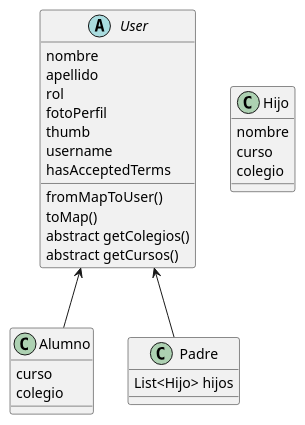
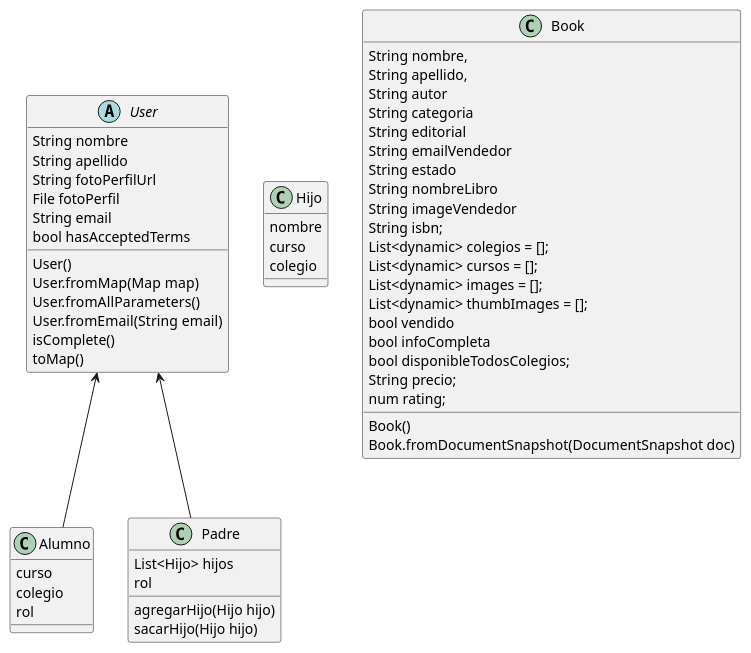
Before and after one commit to bautitravella/main_screens: the diagram in lib/Models/UserDiagram.puml, drawn with PlantUML. The commit also changed 14 other files, not shown here.

```diff
--- a/lib/Models/UserDiagram.puml
+++ b/lib/Models/UserDiagram.puml
@@ -1,37 +1,67 @@
 @startuml
 
 abstract class User{
-    nombre
-    apellido
-    rol
-    fotoPerfil
-    thumb
-    username
-    hasAcceptedTerms
+    String nombre
+    String apellido
+    String fotoPerfilUrl
+    File fotoPerfil
+    String email
+    bool hasAcceptedTerms
     __
-    fromMapToUser()
+    User()
+    User.fromMap(Map map)
+    User.fromAllParameters()
+    User.fromEmail(String email)
+    isComplete()
     toMap()
-    abstract getColegios()
-    abstract getCursos()
 }
 
 class Alumno{
     curso
     colegio
+    rol
 }
 
 class Padre{
     List<Hijo> hijos
+    rol
     __
+    agregarHijo(Hijo hijo)
+    sacarHijo(Hijo hijo)
 }
 
 class Hijo{
     nombre
     curso
     colegio
 }
 
+class Book{
+  String nombre,
+  String apellido,
+  String autor
+  String categoria
+  String editorial
+  String emailVendedor
+  String estado
+  String nombreLibro
+  String imageVendedor
+  String isbn;
+  List<dynamic> colegios = [];
+  List<dynamic> cursos = [];
+  List<dynamic> images = [];
+  List<dynamic> thumbImages = [];
+  bool vendido
+  bool infoCompleta
+  bool disponibleTodosColegios;
+  String precio;
+  num rating;
+  __
+  Book()
+  Book.fromDocumentSnapshot(DocumentSnapshot doc)
+}
+
 User <-- Alumno
 User <-- Padre
 
 @enduml
```
